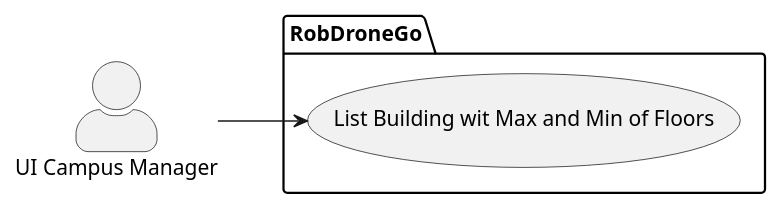
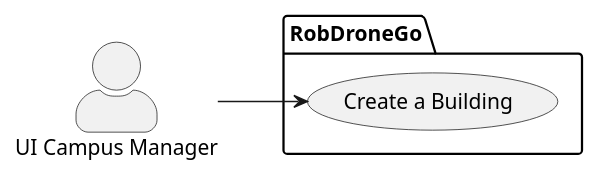
Before and after one commit to Pedro-Pereira1/sem5pi_23_24_g056_Visualization: the diagram in Visualization/docs/US_1050/Diagrams/Level1/SceneryView.puml, drawn with PlantUML. The commit also changed 14 other files, not shown here.

Commit message:
Added diagrams and implementation for US 1050

```diff
--- a/Visualization/docs/US_1050/Diagrams/Level1/SceneryView.puml
+++ b/Visualization/docs/US_1050/Diagrams/Level1/SceneryView.puml
@@ -1,12 +1,12 @@
 @startuml scenaryLevel1
 left to right direction
 
 skinparam actorStyle awesome
 
 actor "UI Campus Manager" as CM
 
 package  RobDroneGo  {
-  usecase "List Building wit Max and Min of Floors" as UC2
+  usecase "Create a Building" as UC2
 }
 CM --> UC2
 @enduml
```
